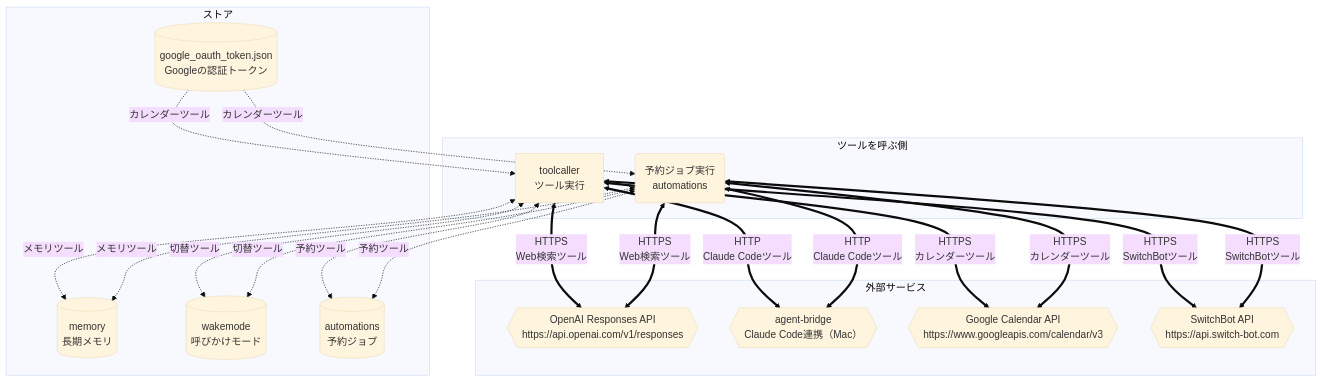
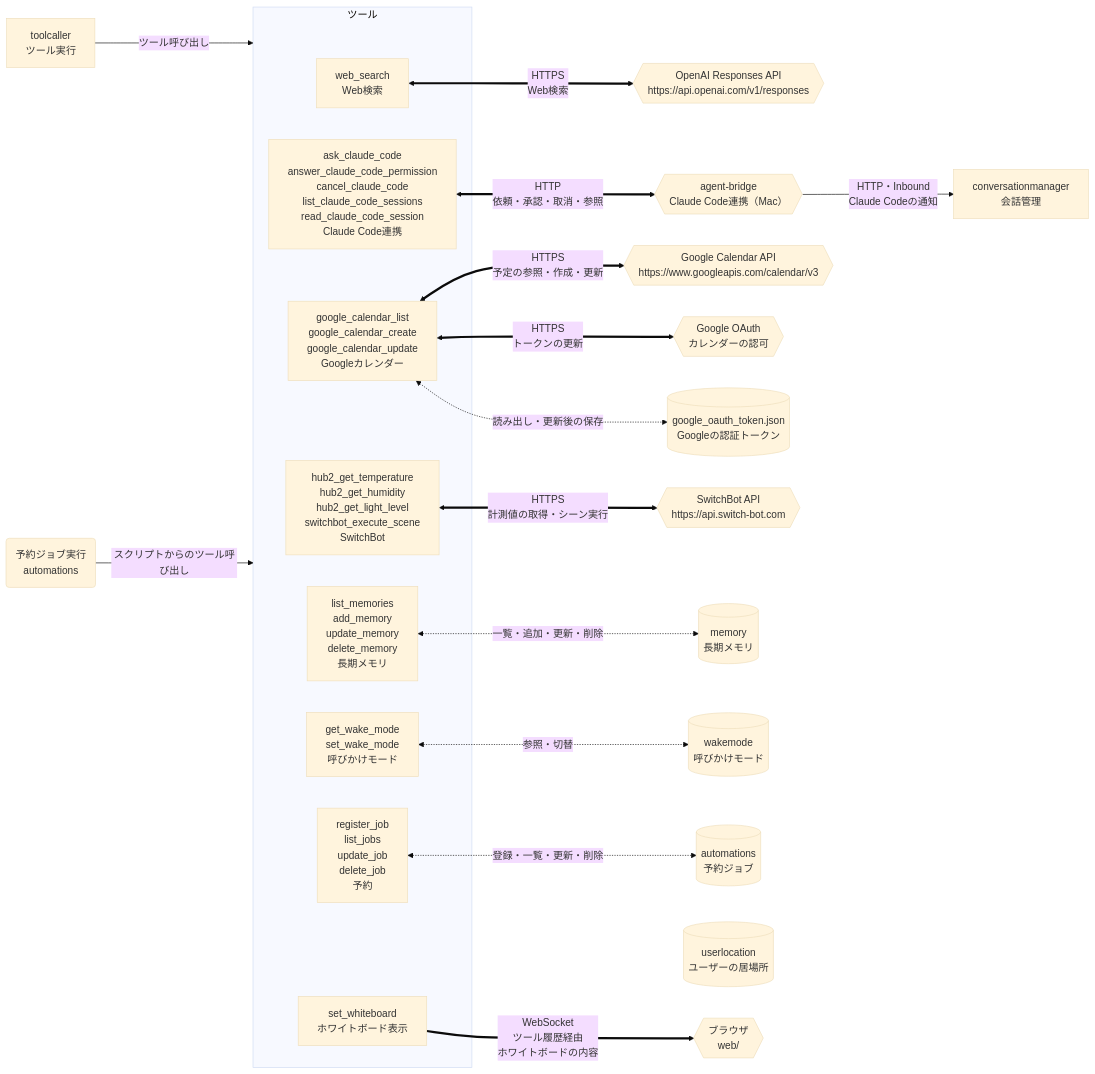
Before and after one commit to tetetratra/smart-speaker: the third of 3 diagrams in README.md, drawn with Mermaid (base theme). The commit also changed other lines of this file, not shown here.

Commit message:
構成図のツールをツールごとに描き、画面とHTTPの図を除く (#373)
ツールの図で、ツールの機能ごとに1つのノードを置き、実際のツール名を並べる。toolcallerと予約ジョブ実行からは「ツール」の枠へ1本ずつ線を引く。set_whiteboardとuserlocationを加え、カレンダーのトークン更新の線を直す。
実在しないHTTP APIのノードを中心にしていた「画面と設定」の図を削除し、Claude Codeの通知などツール固有のものはツールの図へ移す。
会話の図にブラウザとツール履歴の配信を、ツールの図にホワイトボードの表示を加える。

````diff
--- a/README.md
+++ b/README.md
@@ -190,39 +160,47 @@
 ```mermaid
-flowchart TB
+flowchart LR
+    tool["toolcaller<br/>ツール実行"]
+    scheduler("予約ジョブ実行<br/>automations")
+    manager["conversationmanager<br/>会話管理"]
 
-    subgraph g0["ツールを呼ぶ側"]
-        tool["toolcaller<br/>ツール実行"]
-        scheduler("予約ジョブ実行<br/>automations")
+    subgraph toolset["ツール"]
+        webSearchTool["web_search<br/>Web検索"]
+        claudeCodeTool["ask_claude_code<br/>answer_claude_code_permission<br/>cancel_claude_code<br/>list_claude_code_sessions<br/>read_claude_code_session<br/>Claude Code連携"]
+        calendarTool["google_calendar_list<br/>google_calendar_create<br/>google_calendar_update<br/>Googleカレンダー"]
+        switchBotTool["hub2_get_temperature<br/>hub2_get_humidity<br/>hub2_get_light_level<br/>switchbot_execute_scene<br/>SwitchBot"]
+        memoryTool["list_memories<br/>add_memory<br/>update_memory<br/>delete_memory<br/>長期メモリ"]
+        wakeModeTool["get_wake_mode<br/>set_wake_mode<br/>呼びかけモード"]
+        automationTool["register_job<br/>list_jobs<br/>update_job<br/>delete_job<br/>予約"]
+        whiteboardTool["set_whiteboard<br/>ホワイトボード表示"]
     end
 
-    subgraph g1["外部サービス"]
-        openaiResponses{{"OpenAI Responses API<br/>https://api.openai.com/v1/responses"}}
-        agentBridge{{"agent-bridge<br/>Claude Code連携（Mac）"}}
-        googleCalendar{{"Google Calendar API<br/>https://www.googleapis.com/calendar/v3"}}
-        switchBot{{"SwitchBot API<br/>https://api.switch-bot.com"}}
-    end
 
-    subgraph g2["ストア"]
-        memoryStore[("memory<br/>長期メモリ")]
-        wakeModeStore[("wakemode<br/>呼びかけモード")]
-        automationStore[("automations<br/>予約ジョブ")]
-        googleTokenStore[("google_oauth_token.json<br/>Googleの認証トークン")]
-    end
+    openaiResponses{{"OpenAI Responses API<br/>https://api.openai.com/v1/responses"}}
+    agentBridge{{"agent-bridge<br/>Claude Code連携（Mac）"}}
+    googleCalendar{{"Google Calendar API<br/>https://www.googleapis.com/calendar/v3"}}
+    googleOAuth{{"Google OAuth<br/>カレンダーの認可"}}
+    googleTokenStore[("google_oauth_token.json<br/>Googleの認証トークン")]
+    switchBot{{"SwitchBot API<br/>https://api.switch-bot.com"}}
+    memoryStore[("memory<br/>長期メモリ")]
+    wakeModeStore[("wakemode<br/>呼びかけモード")]
+    automationStore[("automations<br/>予約ジョブ")]
+    locationStore[("userlocation<br/>ユーザーの居場所")]
+    browser{{"ブラウザ<br/>web/"}}
 
-    tool <==>|"HTTPS<br/>Web検索ツール"| openaiResponses
-    scheduler <==>|"HTTPS<br/>Web検索ツール"| openaiResponses
-    tool <==>|"HTTP<br/>Claude Codeツール"| agentBridge
-    scheduler <==>|"HTTP<br/>Claude Codeツール"| agentBridge
-    tool <==>|"HTTPS<br/>カレンダーツール"| googleCalendar
-    scheduler <==>|"HTTPS<br/>カレンダーツール"| googleCalendar
-    tool <==>|"HTTPS<br/>SwitchBotツール"| switchBot
-    scheduler <==>|"HTTPS<br/>SwitchBotツール"| switchBot
-    tool <-.->|"メモリツール"| memoryStore
-    scheduler <-.->|"メモリツール"| memoryStore
-    tool <-.->|"切替ツール"| wakeModeStore
-    scheduler <-.->|"切替ツール"| wakeModeStore
-    tool <-.->|"予約ツール"| automationStore
-    scheduler <-.->|"予約ツール"| automationStore
-    googleTokenStore -.->|"カレンダーツール"| tool
-    googleTokenStore -.->|"カレンダーツール"| scheduler
+    tool -->|"ツール呼び出し"| toolset
+    scheduler -->|"スクリプトからのツール呼び出し"| toolset
+
+    webSearchTool <==>|"HTTPS<br/>Web検索"| openaiResponses
+    claudeCodeTool <==>|"HTTP<br/>依頼・承認・取消・参照"| agentBridge
+    agentBridge -->|"HTTP・Inbound<br/>Claude Codeの通知"| manager
+    calendarTool <==>|"HTTPS<br/>予定の参照・作成・更新"| googleCalendar
+    calendarTool <-.->|"読み出し・更新後の保存"| googleTokenStore
+    calendarTool <==>|"HTTPS<br/>トークンの更新"| googleOAuth
+    switchBotTool <==>|"HTTPS<br/>計測値の取得・シーン実行"| switchBot
+    memoryTool <-.->|"一覧・追加・更新・削除"| memoryStore
+    wakeModeTool <-.->|"参照・切替"| wakeModeStore
+    automationTool <-.->|"登録・一覧・更新・削除"| automationStore
+    %% 居場所はツールにする予定で、まだどこからも使われていない。位置だけをそろえる見えない線。
+    whiteboardTool ~~~ locationStore
+    whiteboardTool ==>|"WebSocket<br/>ツール履歴経由<br/>ホワイトボードの内容"| browser
 ```
````
